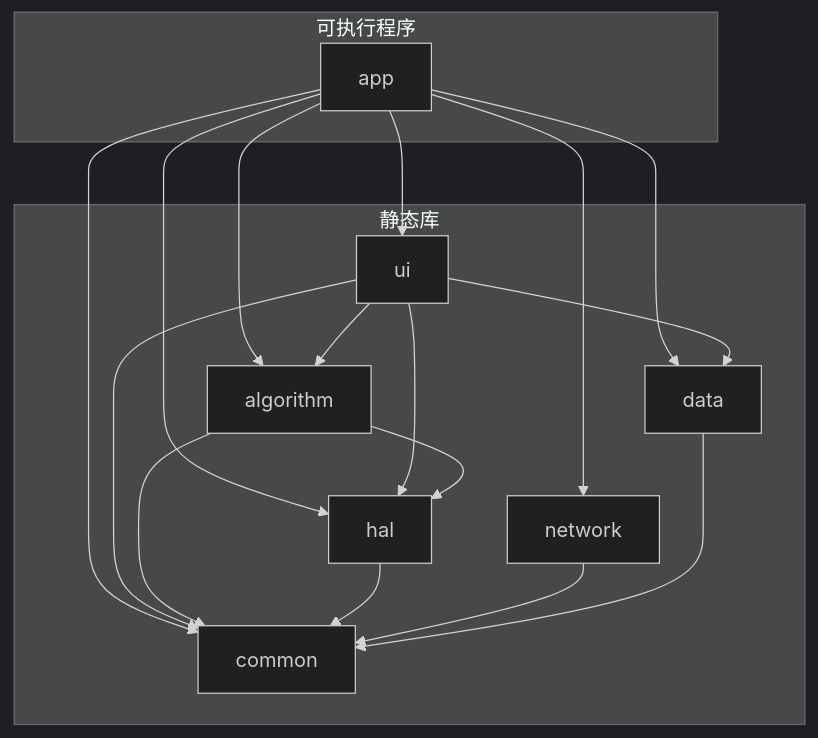
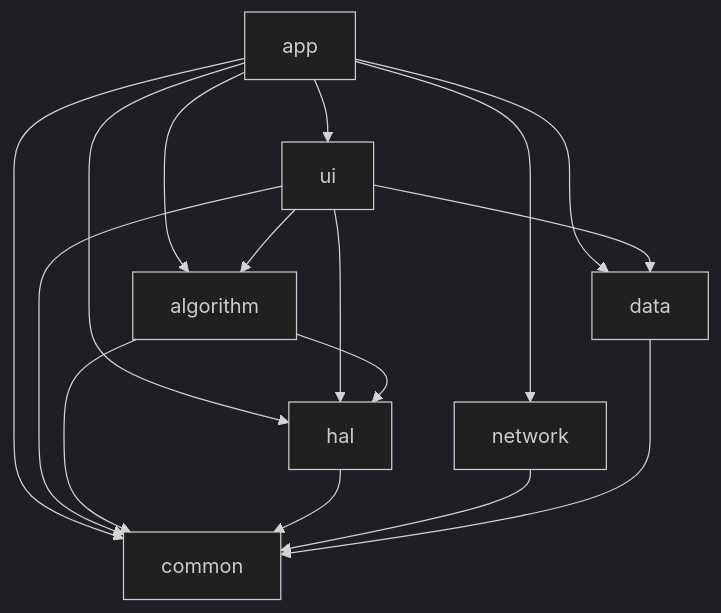
The diagram in docs/qmake 工程配置文件.md (dswcpp/DefectDetection-), drawn with Mermaid (dark theme) before and after one commit. The commit also changed other lines of this file and 28 other files, not shown here.

````diff
--- a/docs/qmake 工程配置文件.md
+++ b/docs/qmake 工程配置文件.md
@@ -654,34 +156,28 @@
 ```mermaid
 graph TD
-    subgraph 可执行程序
-        APP[app]
-    end
-    
-    subgraph 静态库
-        UI[ui]
-        ALG[algorithm]
-        HAL[hal]
-        NET[network]
-        DATA[data]
-        COMMON[common]
-    end
-    
+    APP[app]
+    UI[ui]
+    ALG[algorithm]
+    HAL[hal]
+    NET[network]
+    DATA[data]
+    COMMON[common]
+
     APP --> UI
     APP --> ALG
     APP --> HAL
     APP --> NET
     APP --> DATA
     APP --> COMMON
-    
+
     UI --> ALG
     UI --> HAL
     UI --> DATA
     UI --> COMMON
-    
+
     ALG --> HAL
     ALG --> COMMON
-    
     HAL --> COMMON
     NET --> COMMON
     DATA --> COMMON
 ```
````
